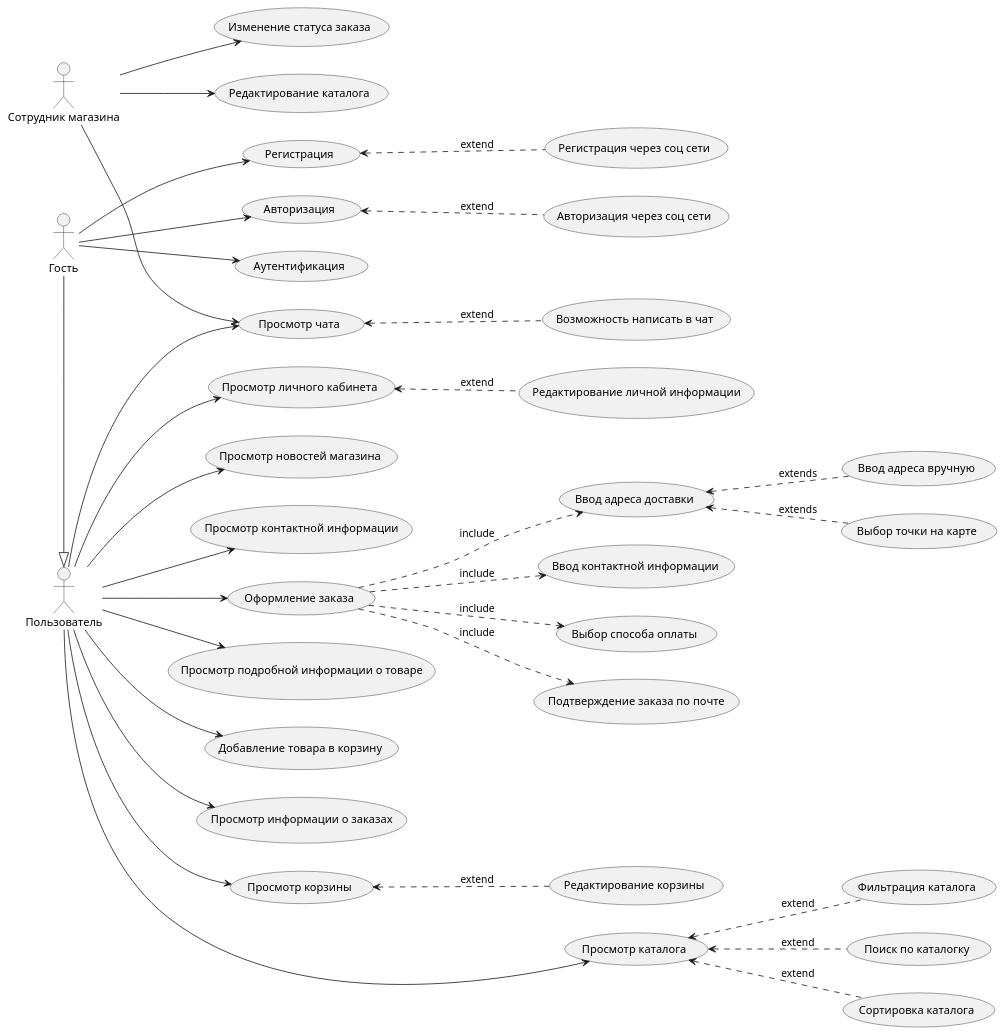
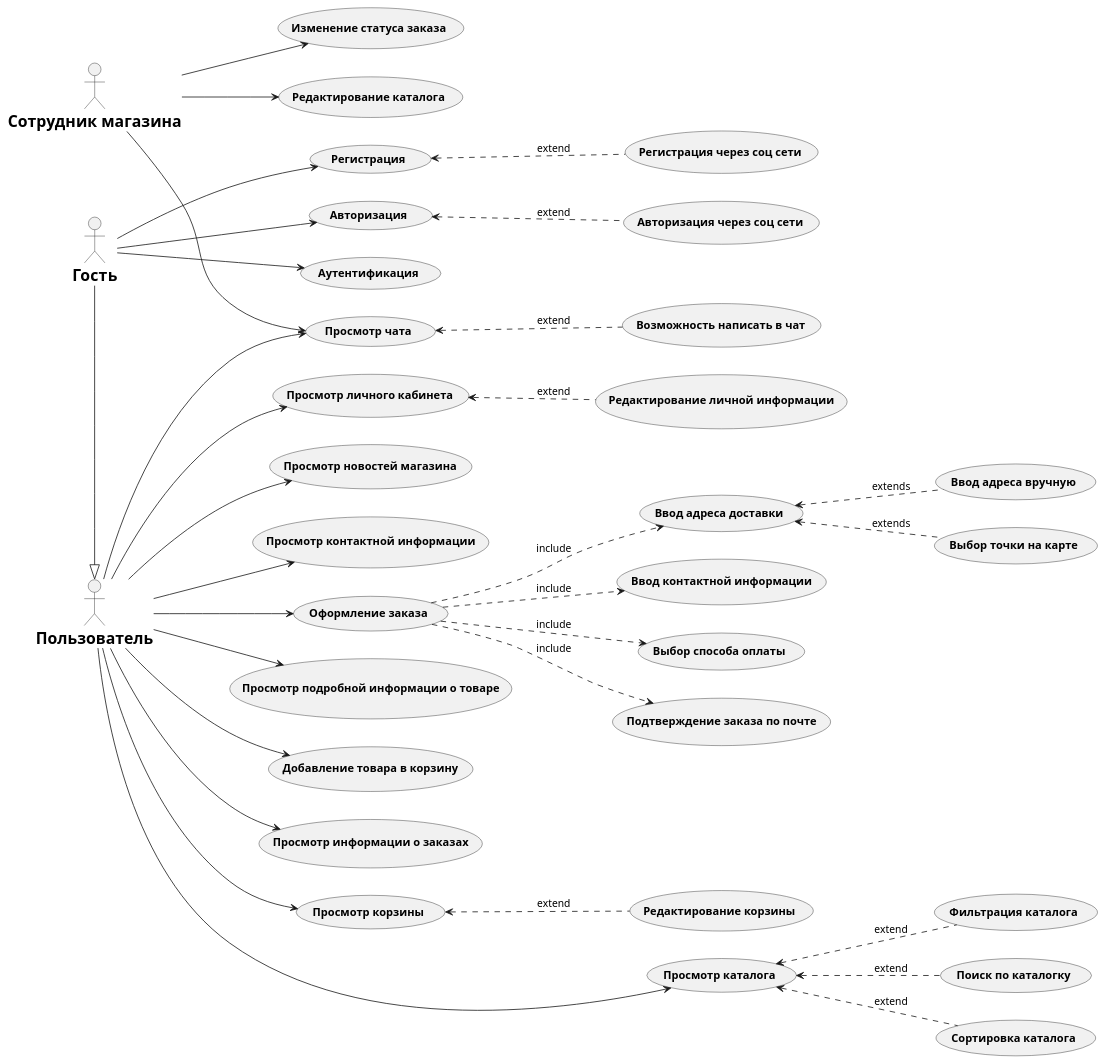
The diagram in Docs/diagrams/use_case.puml (nikail23/Diplom), drawn with PlantUML before and after one commit. The commit also changed 7 other files, not shown here.

```diff
--- a/Docs/diagrams/use_case.puml
+++ b/Docs/diagrams/use_case.puml
@@ -1,88 +1,93 @@
 @startuml
+
+skinparam ActorFontSize 20
+skinparam ActorFontStyle bold
+skinparam UsecaseFontStyle bold
+
 left to right direction
 
 ' actors
 
 actor "Гость" as Guest
 actor "Пользователь" as User
 actor "Сотрудник магазина" as Worker
 
 ' use cases
 
 usecase "Регистрация" as Registration
 usecase "Редактирование каталога" as EditCatalog
 usecase "Регистрация через соц сети" as RegistrationSN
 usecase "Авторизация" as Authorisation
 usecase "Аутентификация" as Authentification
 usecase "Просмотр новостей магазина" as ViewNews
 usecase "Авторизация через соц сети" as AuthorisationSN
 usecase "Просмотр личного кабинета" as ViewAccount
 usecase "Редактирование личной информации" as ViewAccountEdit
 usecase "Просмотр каталога" as ViewCatalog
 usecase "Поиск по каталогку" as ViewCatalogSearch
 usecase "Сортировка каталога" as ViewCatalogSort
 usecase "Фильтрация каталога" as ViewCatalogFilter
 usecase "Просмотр контактной информации" as ViewContacts
 usecase "Просмотр подробной информации о товаре" as ViewFlower
 usecase "Добавление товара в корзину" as AddFlower
 usecase "Просмотр корзины" as ViewCart
 usecase "Редактирование корзины" as ViewCartEdit
 usecase "Оформление заказа" as Order
 usecase "Ввод адреса доставки" as OrderAddressInfo
 usecase "Ввод адреса вручную" as OrderAddressInfoManual
 usecase "Выбор точки на карте" as OrderAddressInfoMap
 usecase "Ввод контактной информации" as OrderContactsInfo
 usecase "Выбор способа оплаты" as OrderPayment
 usecase "Подтверждение заказа по почте" as OrderEmail
 usecase "Просмотр информации о заказах" as ViewOrders
 usecase "Изменение статуса заказа" as OrdersStatus
 usecase "Просмотр чата" as Chat
 usecase "Возможность написать в чат" as ChatMessage
 
 ' actors relations
 
 Guest -|> User
 
 Guest --> Registration
 Guest --> Authorisation
 Guest --> Authentification
 
 User --> ViewAccount
 User ---> ViewCatalog
 User --> ViewContacts
 User --> ViewFlower
 User --> AddFlower
 User --> ViewCart
 User --> Order
 User --> ViewOrders
 User --> Chat
 User --> ViewNews
 
 Worker --> OrdersStatus
 Worker --> Chat
 Worker --> EditCatalog
 
 ' use case relations
 
 ViewAccountEdit .up.> ViewAccount : extend
 
 ViewCatalogSearch .up.> ViewCatalog : extend
 ViewCatalogSort .up.> ViewCatalog : extend
 ViewCatalogFilter .up.> ViewCatalog : extend
 
 AuthorisationSN .up.> Authorisation : extend
 RegistrationSN .up.> Registration : extend
 
 ViewCartEdit .up.> ViewCart : extend
 
 ChatMessage .up.> Chat : extend
 
 Order .down.> OrderAddressInfo  : include
 OrderAddressInfoMap .up.> OrderAddressInfo : extends
 OrderAddressInfoManual .up.> OrderAddressInfo : extends
 
 Order .down.> OrderContactsInfo : include
 Order .down.> OrderPayment : include
 Order .down.> OrderEmail : include
 
 @enduml
```
